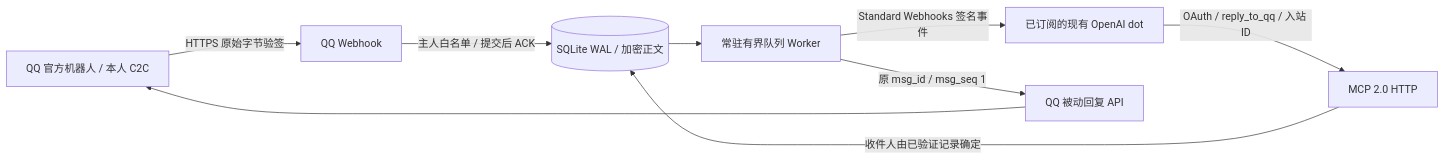
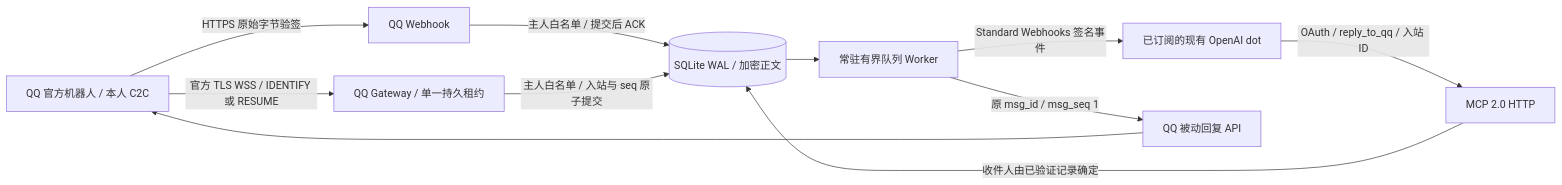
Before and after one commit to AvaloNero/dot-qq-bridge: the diagram in docs/architecture.md, drawn with Mermaid. The commit also changed other lines of this file and 29 other files, not shown here.

````diff
--- a/docs/architecture.md
+++ b/docs/architecture.md
@@ -3,11 +3,13 @@
 ```mermaid
 flowchart LR
   QQ[QQ 官方机器人 / 本人 C2C] -->|HTTPS 原始字节验签| Ingress[QQ Webhook]
+  QQ -->|官方 TLS WSS / IDENTIFY 或 RESUME| Gateway[QQ Gateway / 单一持久租约]
   Ingress -->|主人白名单 / 提交后 ACK| DB[(SQLite WAL / 加密正文)]
+  Gateway -->|主人白名单 / 入站与 seq 原子提交| DB
   DB --> Worker[常驻有界队列 Worker]
   Worker -->|Standard Webhooks 签名事件| Dot[已订阅的现有 OpenAI dot]
   Dot -->|OAuth / reply_to_qq / 入站 ID| MCP[MCP 2.0 HTTP]
   MCP -->|收件人由已验证记录确定| DB
   Worker -->|原 msg_id / msg_seq 1| API[QQ 被动回复 API]
   API --> QQ
 ```
````
